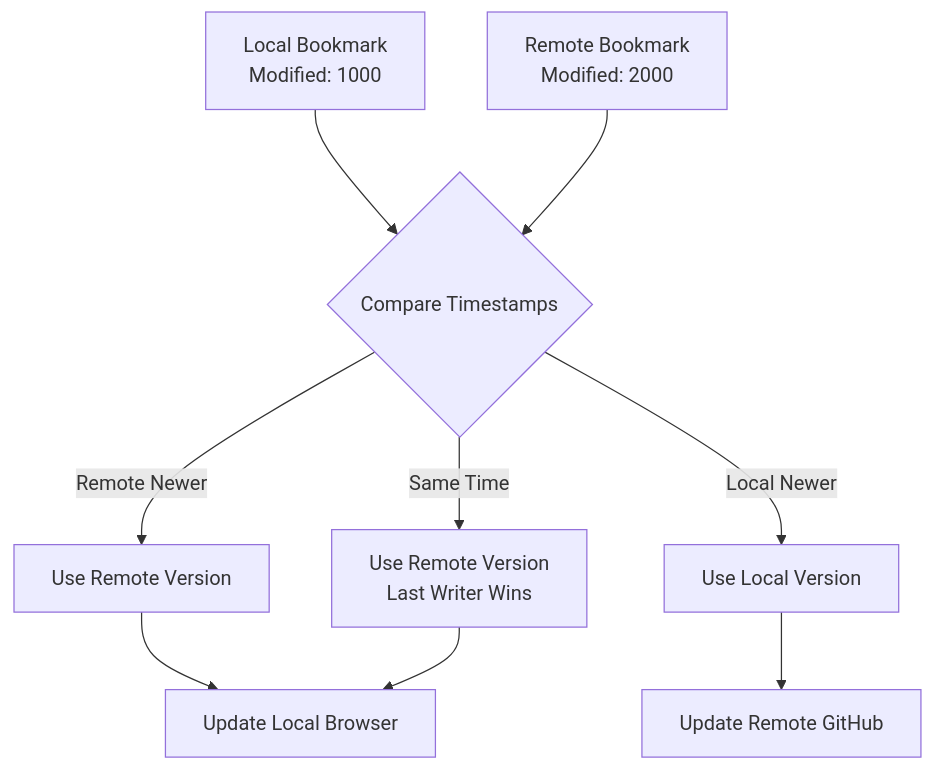
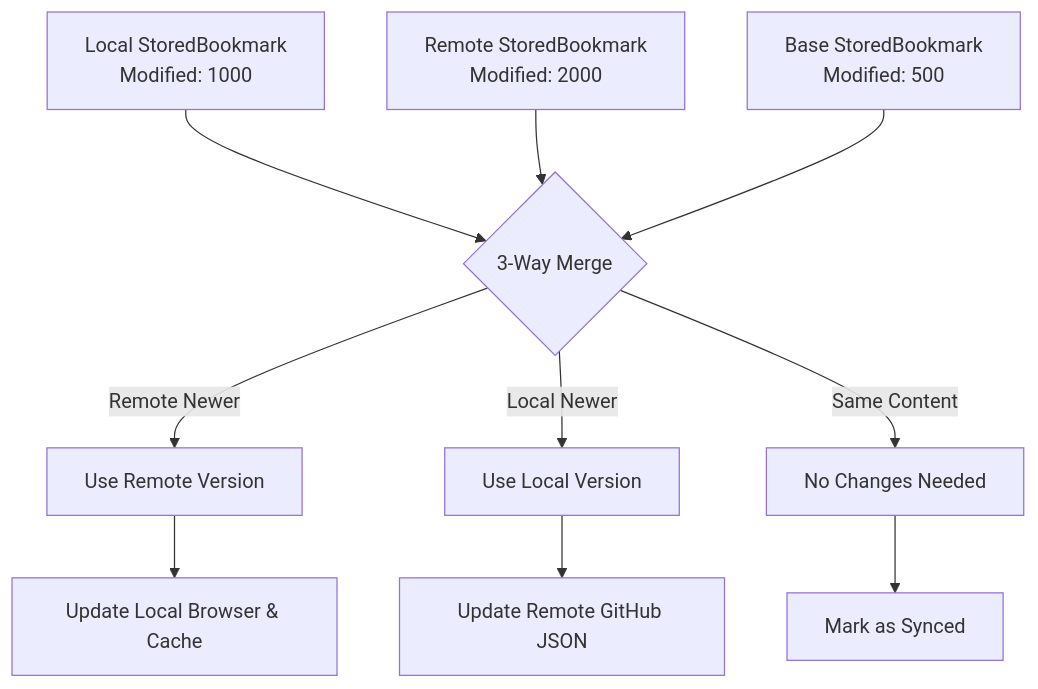
One commit to danlourenco/hubmarks changed the seventh of 14 diagrams in docs/data-flow.md. Above: the diagram before and after it, drawn with Mermaid. The commit also changed other lines of this file and 5 other files, not shown here.

First line of the commit message:
docs: update all documentation for JSON-first architecture

````diff
--- a/docs/data-flow.md
+++ b/docs/data-flow.md
@@ -182,13 +213,17 @@
 ```mermaid
 graph TB
-    A[Local Bookmark<br/>Modified: 1000] --> C{Compare Timestamps}
-    B[Remote Bookmark<br/>Modified: 2000] --> C
+    A[Local StoredBookmark
+    Modified: 1000] --> C{3-Way Merge}
+    B[Remote StoredBookmark
+    Modified: 2000] --> C
+    D[Base StoredBookmark
+    Modified: 500] --> C
     
-    C -->|Remote Newer| D[Use Remote Version]
-    C -->|Local Newer| E[Use Local Version]
-    C -->|Same Time| F[Use Remote Version<br/>Last Writer Wins]
+    C -->|Remote Newer| E[Use Remote Version]
+    C -->|Local Newer| F[Use Local Version]
+    C -->|Same Content| G[No Changes Needed]
     
-    D --> G[Update Local Browser]
-    E --> H[Update Remote GitHub]
-    F --> G
+    E --> H[Update Local Browser & Cache]
+    F --> I[Update Remote GitHub JSON]
+    G --> J[Mark as Synced]
 ```
````
